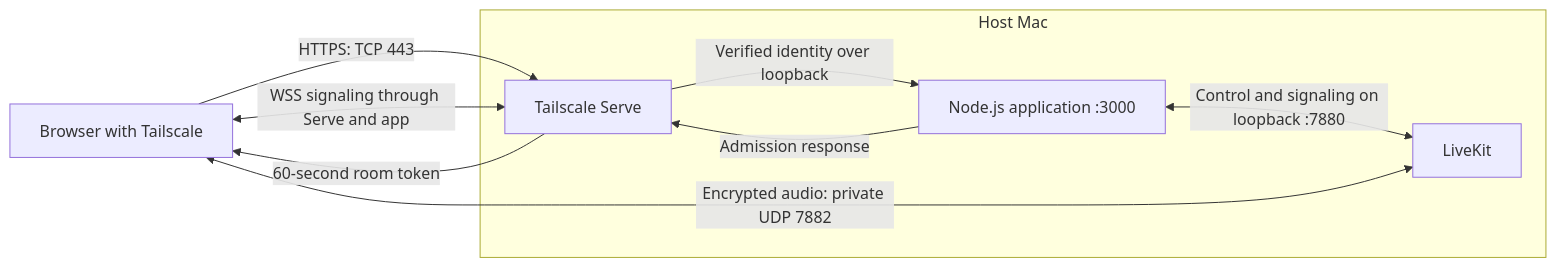
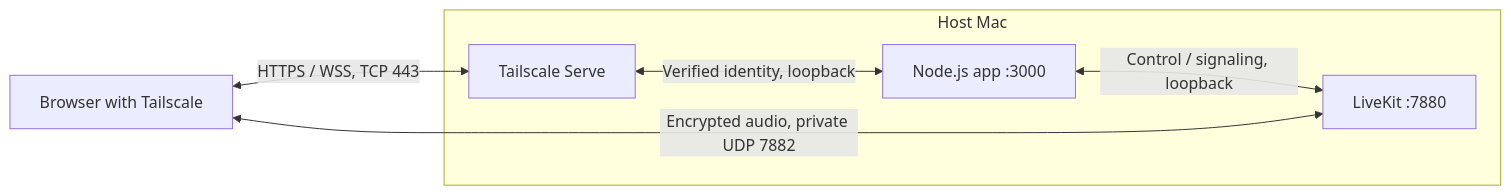
Before and after one commit to V1cksy/pink-party: the diagram in README.md, drawn with Mermaid. The commit also changed other lines of this file and 18 other files, not shown here.

````diff
--- a/README.md
+++ b/README.md
@@ -44,12 +25,9 @@
 ```mermaid
 flowchart LR
-    B[Browser with Tailscale] -->|HTTPS: TCP 443| S[Tailscale Serve]
-    subgraph Mac[Host Mac]
-        S -->|Verified identity over loopback| A[Node.js application :3000]
-        A <-->|Control and signaling on loopback :7880| L[LiveKit]
+    B[Browser with Tailscale] <-->|HTTPS / WSS, TCP 443| S[Tailscale Serve]
+    subgraph Host Mac
+        S <-->|Verified identity, loopback| A[Node.js app :3000]
+        A <-->|Control / signaling, loopback| L[LiveKit :7880]
     end
-    A -->|Admission response| S
-    S -->|60-second room token| B
-    B <-->|WSS signaling through Serve and app| S
-    B <-->|Encrypted audio: private UDP 7882| L
+    B <-->|Encrypted audio, private UDP 7882| L
 ```
````
